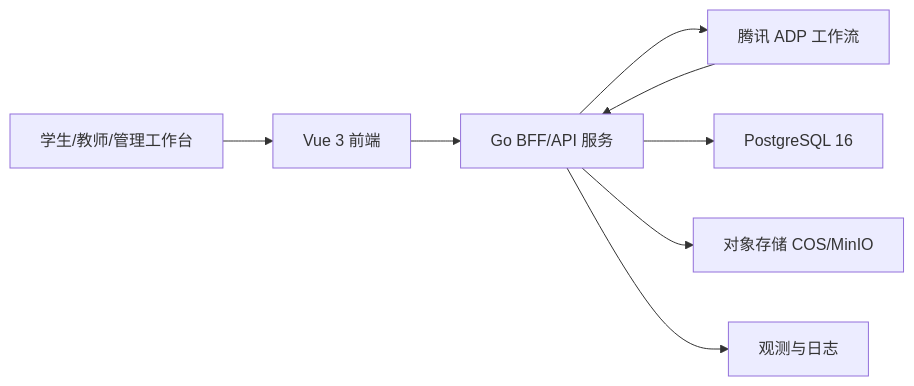
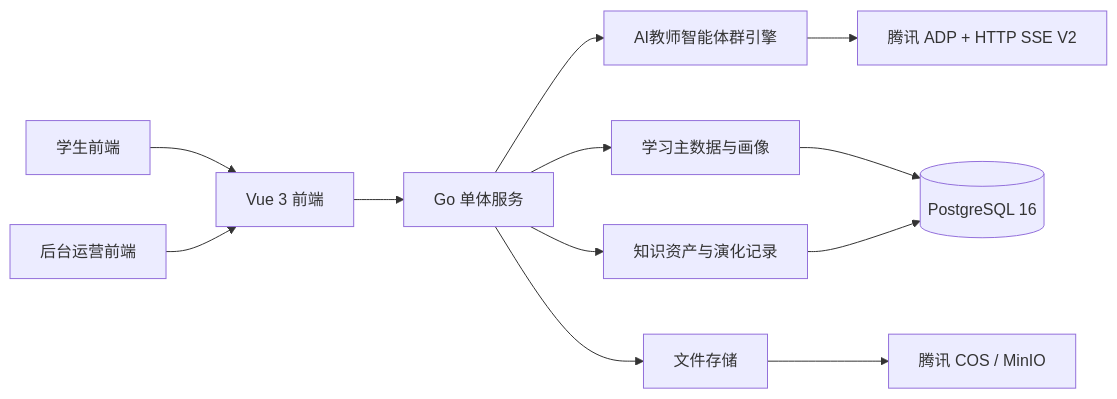
One commit to chenqsq/doc-showcase changed the first of 2 diagrams in doc/作品文档/04-总体架构与技术选型.md. Above: the diagram before and after it, drawn with Mermaid. The commit also changed other lines of this file and 42 other files, not shown here.

Commit message:
文档站：切换 AI 主导学习生命周期与实时演化学习地图口径

````diff
--- a/doc/作品文档/04-总体架构与技术选型.md
+++ b/doc/作品文档/04-总体架构与技术选型.md
@@ -9,10 +9,14 @@
 ```mermaid
 flowchart LR
-    A[学生/教师/管理工作台] --> B[Vue 3 前端]
-    B --> C[Go BFF/API 服务]
-    C --> D[腾讯 ADP 工作流]
-    C --> E[PostgreSQL 16]
-    C --> F[对象存储 COS/MinIO]
-    C --> G[观测与日志]
-    D --> C
+    A[学生前端] --> B[Vue 3 前端]
+    C[后台运营前端] --> B
+    B --> D[Go 单体服务]
+    D --> E[AI教师智能体群引擎]
+    D --> F[学习主数据与画像]
+    D --> G[知识资产与演化记录]
+    D --> H[文件存储]
+    E --> I[腾讯 ADP + HTTP SSE V2]
+    F --> J[(PostgreSQL 16)]
+    G --> J
+    H --> K[腾讯 COS / MinIO]
 ```
````
